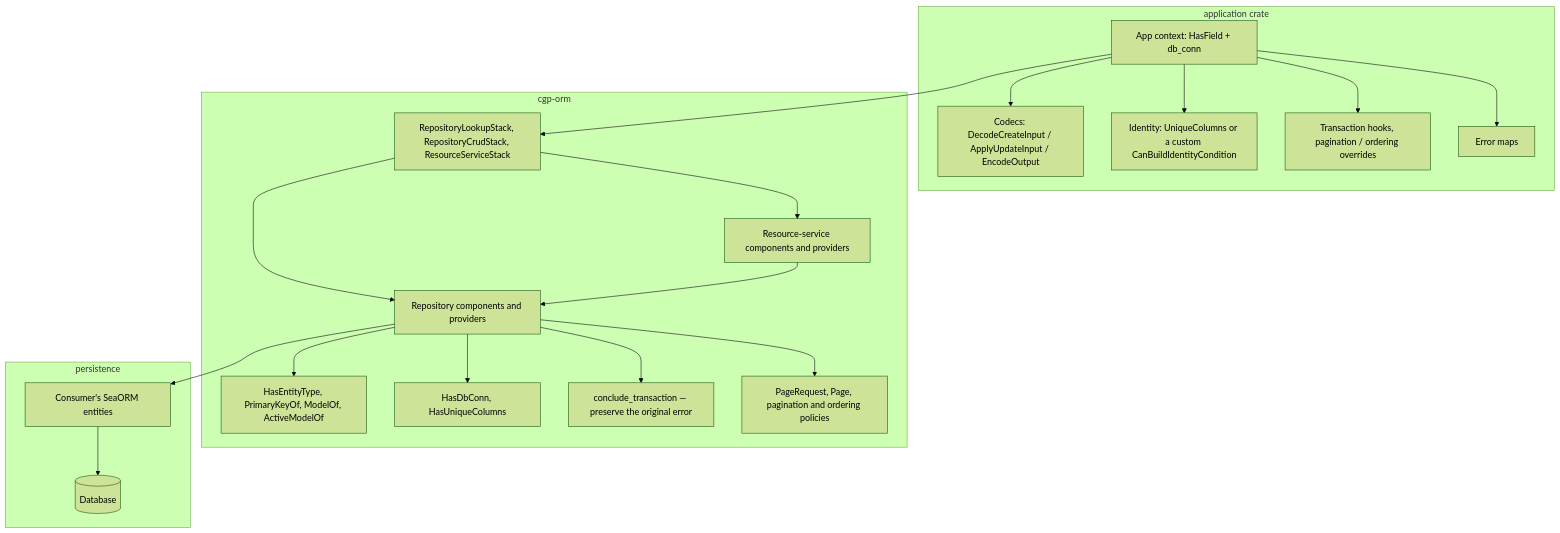
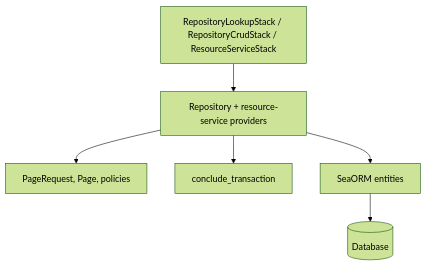
One commit to Just-Replicant/cgp-orm changed the diagram in ARCHITECTURE.md. Above: the diagram before and after it, drawn with Mermaid (forest theme). The commit also changed other lines of this file, not shown here.

Commit message:
docs(architecture): tighten layer and stack overview

````diff
--- a/ARCHITECTURE.md
+++ b/ARCHITECTURE.md
@@ -13,40 +12,15 @@
 ```mermaid
 flowchart TB
-    subgraph app ["application crate"]
-        ctx["App context: HasField + db_conn"]
-        codecs["Codecs: DecodeCreateInput / ApplyUpdateInput / EncodeOutput"]
-        ident["Identity: UniqueColumns or a custom CanBuildIdentityCondition"]
-        hooks["Transaction hooks, pagination / ordering overrides"]
-        err["Error maps"]
-    end
+    stacks["RepositoryLookupStack / RepositoryCrudStack / ResourceServiceStack"]
+    repo["Repository + resource-service providers"]
+    page["PageRequest, Page, policies"]
+    txn["conclude_transaction"]
+    entity["SeaORM entities"]
+    db[("Database")]
 
-    subgraph orm ["cgp-orm"]
-        types["HasEntityType, PrimaryKeyOf, ModelOf, ActiveModelOf"]
-        acc["HasDbConn, HasUniqueColumns"]
-        repo["Repository components and providers"]
-        svc["Resource-service components and providers"]
-        stacks["RepositoryLookupStack, RepositoryCrudStack, ResourceServiceStack"]
-        txn["conclude_transaction — preserve the original error"]
-        page["PageRequest, Page, pagination and ordering policies"]
-    end
-
-    subgraph persist ["persistence"]
-        entity["Consumer's SeaORM entities"]
-        db[("Database")]
-    end
-
-    ctx --> stacks
-    ctx --> codecs
-    ctx --> ident
-    ctx --> hooks
-    ctx --> err
     stacks --> repo
-    stacks --> svc
-    svc --> repo
-    repo --> types
-    repo --> acc
+    repo --> page
     repo --> txn
-    repo --> page
     repo --> entity
     entity --> db
 ```
````
